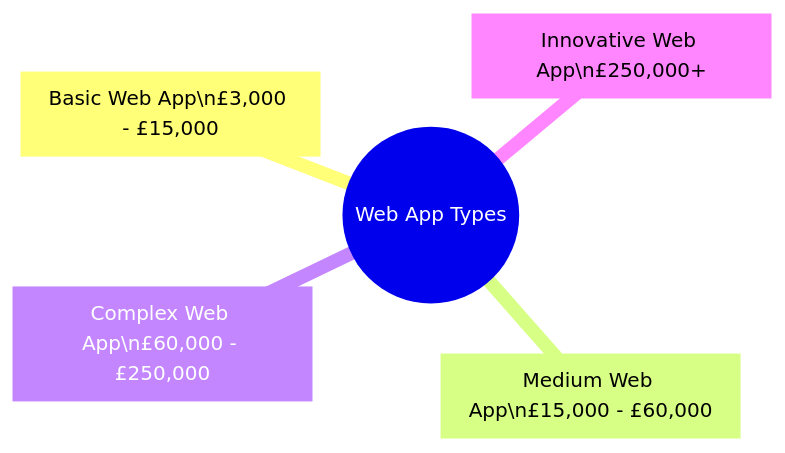
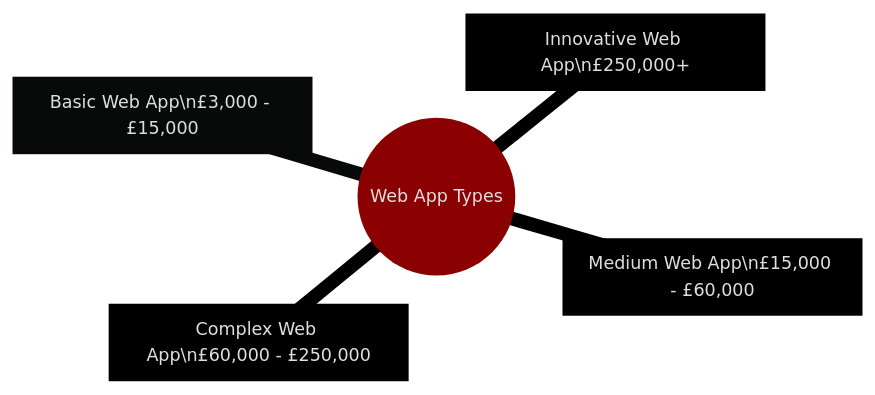
One commit to sherifButt/ll-site changed the second of 4 diagrams in src/app/blog/Web-App-Development-Cost-Breakdown/page.mdx. Above: the diagram before and after it, drawn with Mermaid. The commit also changed other lines of this file and 2 other files, not shown here.

Commit message:
Trying to enhance mermaid but didnt work

````diff
--- a/src/app/blog/Web-App-Development-Cost-Breakdown/page.mdx
+++ b/src/app/blog/Web-App-Development-Cost-Breakdown/page.mdx
@@ -56,8 +61,13 @@
 ```mermaid
+---
+title: Web App Types Mindmap
+config: 
+    theme: neo-dark
+---
 mindmap
 root((Web App Types))
   root---Simple["Basic Web App\n£3,000 - £15,000"]
   root---Medium["Medium Web App\n£15,000 - £60,000"]
   root---Complex["Complex Web App\n£60,000 - £250,000"]
   root---Innovative["Innovative Web App\n£250,000+"]
 ```
````
